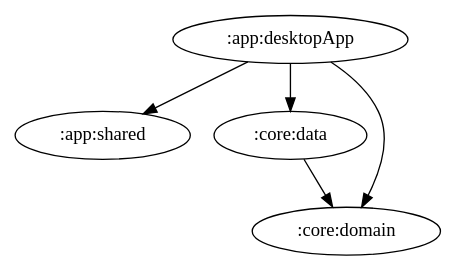
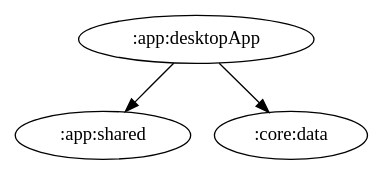
One commit to ai-kurou/KoDriver changed the diagram in docs/graphs/app-desktopApp.gv. Above: the diagram before and after it, drawn with Graphviz. The commit also changed 7 other files, not shown here.

Commit message:
chore: update module graph images [skip ci]

```diff
--- a/docs/graphs/app-desktopApp.gv
+++ b/docs/graphs/app-desktopApp.gv
@@ -1,6 +1,4 @@
 digraph G {
   ":app:desktopApp" -> ":app:shared"
   ":app:desktopApp" -> ":core:data"
-  ":app:desktopApp" -> ":core:domain"
-  ":core:data" -> ":core:domain"
 }
```
